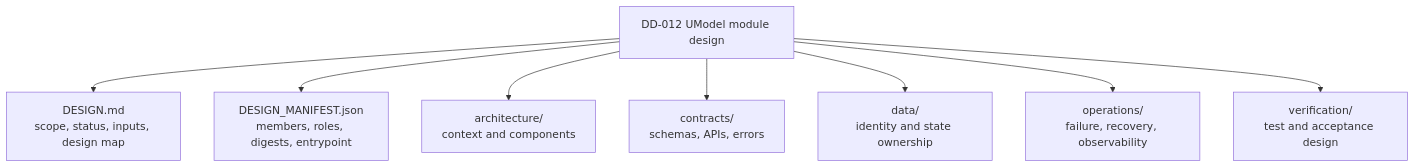
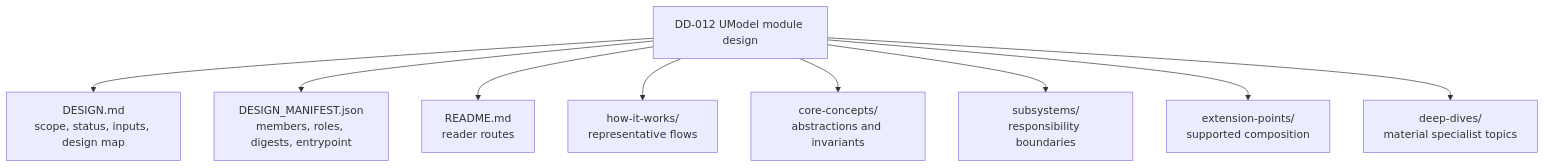
The third of 6 diagrams in docs/design-docs/first-class-technical-design-documents.md (XiaoWeiKIN/RepoFoundryAI), drawn with Mermaid before and after one commit. The commit also changed other lines of this file and 33 other files, not shown here.

Commit message:
feat: add technical architecture documentation workflow (#50)

````diff
--- a/docs/design-docs/first-class-technical-design-documents.md
+++ b/docs/design-docs/first-class-technical-design-documents.md
@@ -112,10 +114,11 @@
 ```mermaid
 flowchart TB
     M["DD-012 UModel module design"] --> C["DESIGN.md<br/>scope, status, inputs, design map"]
     M --> F["DESIGN_MANIFEST.json<br/>members, roles, digests, entrypoint"]
-    M --> A["architecture/<br/>context and components"]
-    M --> I["contracts/<br/>schemas, APIs, errors"]
-    M --> D["data/<br/>identity and state ownership"]
-    M --> O["operations/<br/>failure, recovery, observability"]
-    M --> V["verification/<br/>test and acceptance design"]
+    M --> R["README.md<br/>reader routes"]
+    M --> H["how-it-works/<br/>representative flows"]
+    M --> K["core-concepts/<br/>abstractions and invariants"]
+    M --> S["subsystems/<br/>responsibility boundaries"]
+    M --> X["extension-points/<br/>supported composition"]
+    M --> D["deep-dives/<br/>material specialist topics"]
 ```
````
